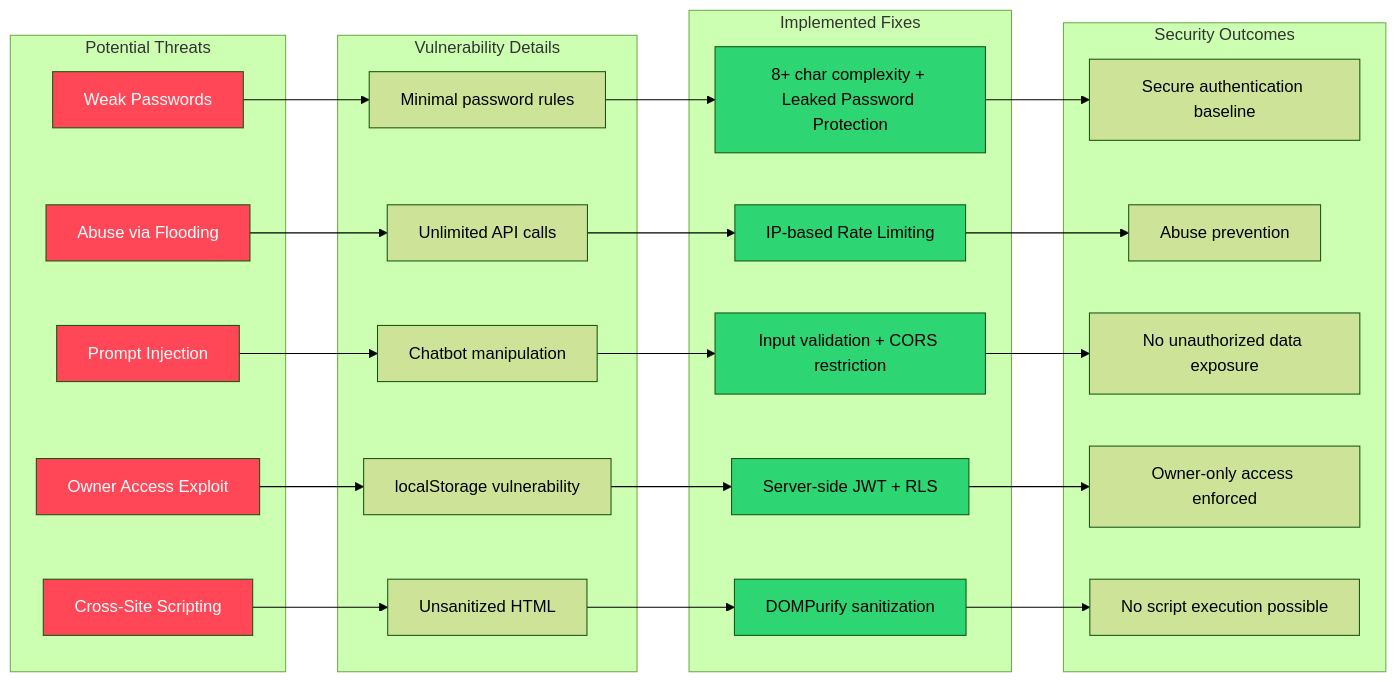
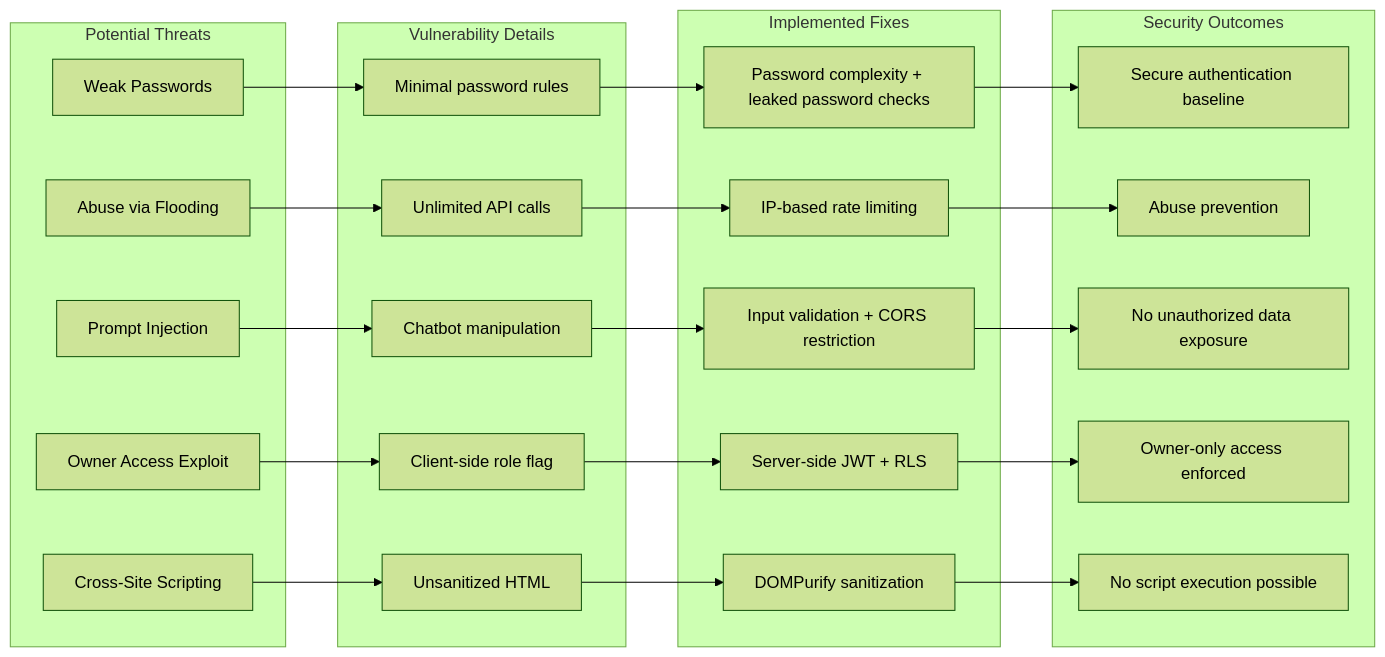
The eighth of 10 diagrams in public/TECHNICAL_DOCUMENTATION.md (ritvikindupuri/ritvik-portfolio), drawn with Mermaid (forest theme) before and after one commit. The commit also changed other lines of this file and 1 other file, not shown here.

````diff
--- a/public/TECHNICAL_DOCUMENTATION.md
+++ b/public/TECHNICAL_DOCUMENTATION.md
@@ -2805,51 +2787,40 @@
 ```mermaid
 flowchart LR
     subgraph Threats["Potential Threats"]
         T1[Weak Passwords]
         T2[Abuse via Flooding]
         T3[Prompt Injection]
         T4[Owner Access Exploit]
         T5[Cross-Site Scripting]
     end
-    
+
     subgraph Vulnerabilities["Vulnerability Details"]
         V1[Minimal password rules]
         V2[Unlimited API calls]
         V3[Chatbot manipulation]
-        V4[localStorage vulnerability]
+        V4[Client-side role flag]
         V5[Unsanitized HTML]
     end
-    
+
     subgraph Fixes["Implemented Fixes"]
-        F1[8+ char complexity + Leaked Password Protection]
-        F2[IP-based Rate Limiting]
+        F1[Password complexity + leaked password checks]
+        F2[IP-based rate limiting]
         F3[Input validation + CORS restriction]
         F4[Server-side JWT + RLS]
         F5[DOMPurify sanitization]
     end
-    
+
     subgraph Outcomes["Security Outcomes"]
         O1[Secure authentication baseline]
         O2[Abuse prevention]
         O3[No unauthorized data exposure]
         O4[Owner-only access enforced]
         O5[No script execution possible]
     end
-    
+
     T1 --> V1 --> F1 --> O1
     T2 --> V2 --> F2 --> O2
     T3 --> V3 --> F3 --> O3
     T4 --> V4 --> F4 --> O4
     T5 --> V5 --> F5 --> O5
-
-    style T1 fill:#ff4757,color:#fff
-    style T2 fill:#ff4757,color:#fff
-    style T3 fill:#ff4757,color:#fff
-    style T4 fill:#ff4757,color:#fff
-    style T5 fill:#ff4757,color:#fff
-    style F1 fill:#2ed573,color:#000
-    style F2 fill:#2ed573,color:#000
-    style F3 fill:#2ed573,color:#000
-    style F4 fill:#2ed573,color:#000
-    style F5 fill:#2ed573,color:#000
 ```
````
